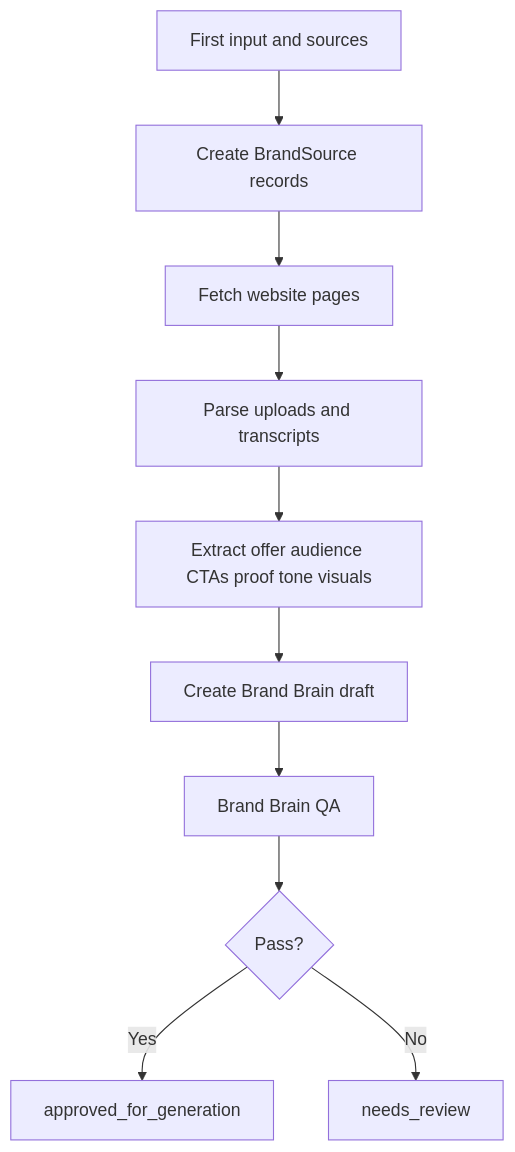
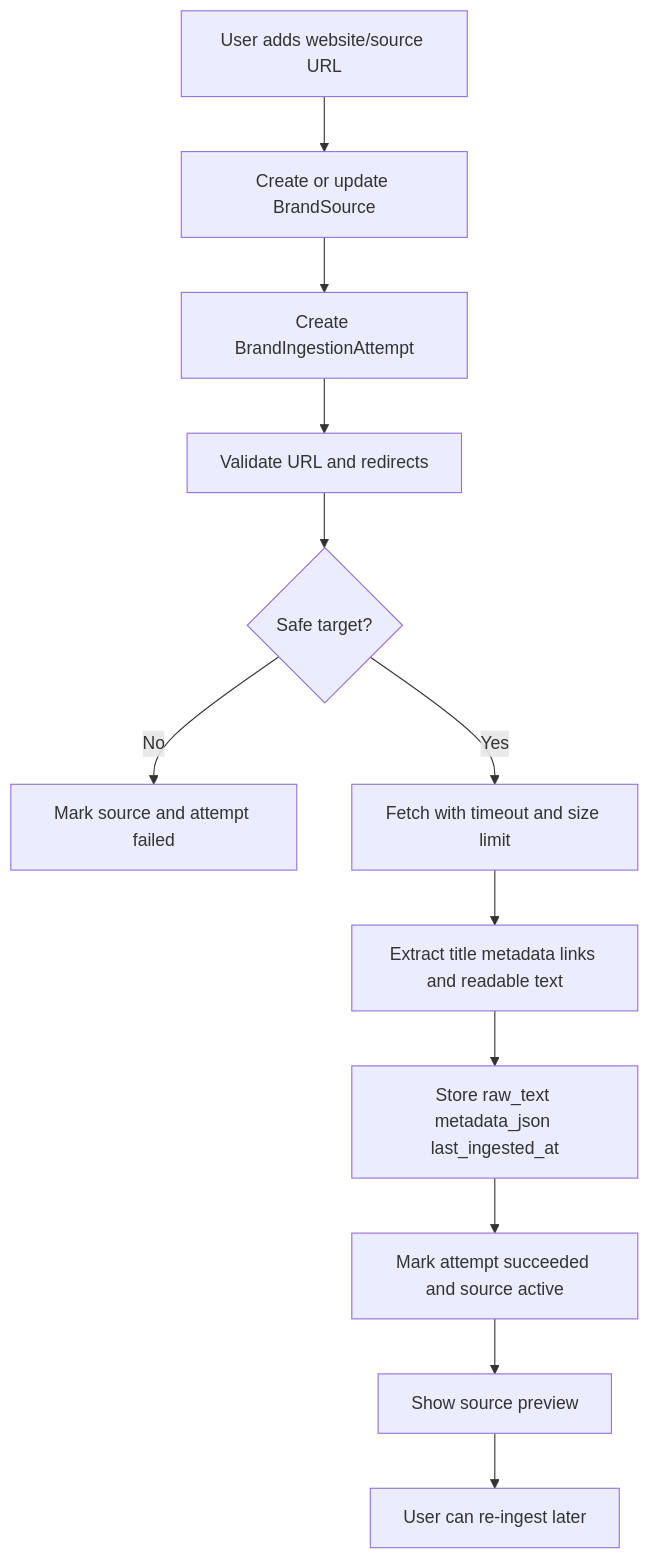
The diagram in docs/oprealm-content-machine/diagrams/brand-ingestion-flow.mmd (Malaki1/oprealm), drawn with Mermaid before and after one commit. The commit also changed 26 other files, not shown here.

Commit message:
feat: add brand ingestion

```diff
--- a/docs/oprealm-content-machine/diagrams/brand-ingestion-flow.mmd
+++ b/docs/oprealm-content-machine/diagrams/brand-ingestion-flow.mmd
@@ -1,10 +1,12 @@
 flowchart TD
-  A[First input and sources] --> B[Create BrandSource records]
-  B --> C[Fetch website pages]
-  C --> D[Parse uploads and transcripts]
-  D --> E[Extract offer audience CTAs proof tone visuals]
-  E --> F[Create Brand Brain draft]
-  F --> G[Brand Brain QA]
-  G --> H{Pass?}
-  H -- Yes --> I[approved_for_generation]
-  H -- No --> J[needs_review]
+  A[User adds website/source URL] --> B[Create or update BrandSource]
+  B --> C[Create BrandIngestionAttempt]
+  C --> D[Validate URL and redirects]
+  D --> E{Safe target?}
+  E -- No --> F[Mark source and attempt failed]
+  E -- Yes --> G[Fetch with timeout and size limit]
+  G --> H[Extract title metadata links and readable text]
+  H --> I[Store raw_text metadata_json last_ingested_at]
+  I --> J[Mark attempt succeeded and source active]
+  J --> K[Show source preview]
+  K --> L[User can re-ingest later]
```
